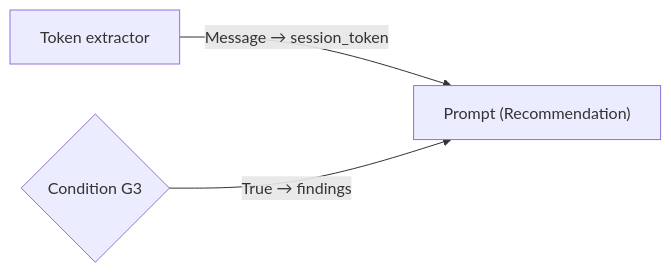
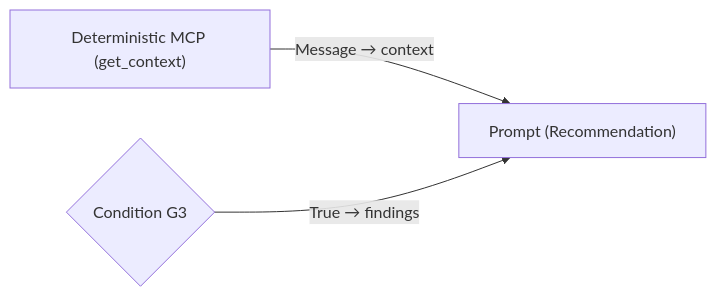
Before and after one commit to vmleon/oracle-database-private-agent-factory-poc: diagram 21 of 23 in paf/flows/CHAT_WORKFLOW.md, drawn with Mermaid. The commit also changed other lines of this file and 10 other files, not shown here.

````diff
--- a/paf/flows/CHAT_WORKFLOW.md
+++ b/paf/flows/CHAT_WORKFLOW.md
@@ -430,5 +514,5 @@
 ```mermaid
 flowchart LR
-    RT["Token extractor"] -->|Message → session_token| P["Prompt (Recommendation)"]
+    GC["Deterministic MCP (get_context)"] -->|Message → context| P["Prompt (Recommendation)"]
     G3{"Condition G3"} -->|True → findings| P
 ```
````
